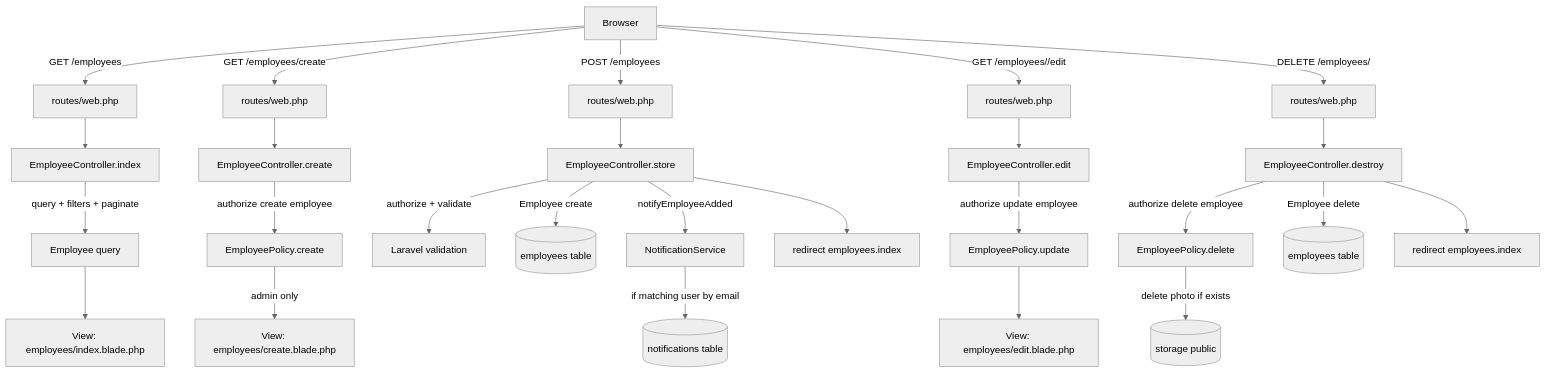
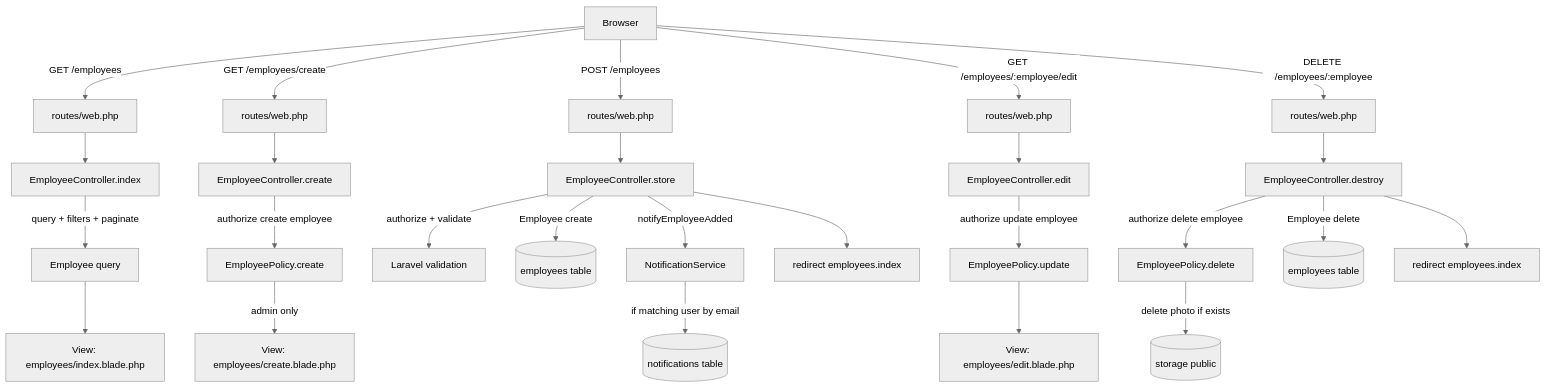
One commit to Haggai-dev665/TeamBoard changed the seventh of 8 diagrams in docs/flow-maps.md. Above: the diagram before and after it, drawn with Mermaid (neutral theme). The commit also changed other lines of this file, not shown here.

````diff
--- a/docs/flow-maps.md
+++ b/docs/flow-maps.md
@@ -163,32 +163,32 @@
 ```mermaid
 flowchart TD
   A["Browser"] -->|GET /employees| R1["routes/web.php"]
   R1 --> C1["EmployeeController.index"]
   C1 -->|query + filters + paginate| Q1["Employee query"]
   Q1 --> V1["View: employees/index.blade.php"]
 
   A -->|GET /employees/create| R2["routes/web.php"]
   R2 --> C2["EmployeeController.create"]
   C2 -->|authorize create employee| P1["EmployeePolicy.create"]
   P1 -->|admin only| V2["View: employees/create.blade.php"]
 
   A -->|POST /employees| R3["routes/web.php"]
   R3 --> C3["EmployeeController.store"]
   C3 -->|authorize + validate| VAL["Laravel validation"]
   C3 -->|Employee create| DB[(employees table)]
   C3 -->|notifyEmployeeAdded| S["NotificationService"]
   S -->|if matching user by email| N[(notifications table)]
   C3 --> OUT["redirect employees.index"]
 
-  A -->|GET /employees/<employee>/edit| R4["routes/web.php"]
+  A -->|GET /employees/:employee/edit| R4["routes/web.php"]
   R4 --> C4["EmployeeController.edit"]
   C4 -->|authorize update employee| P2["EmployeePolicy.update"]
   P2 --> V3["View: employees/edit.blade.php"]
 
-  A -->|DELETE /employees/<employee>| R5["routes/web.php"]
+  A -->|DELETE /employees/:employee| R5["routes/web.php"]
   R5 --> C5["EmployeeController.destroy"]
   C5 -->|authorize delete employee| P3["EmployeePolicy.delete"]
   P3 -->|delete photo if exists| FS[(storage public)]
   C5 -->|Employee delete| DB2[(employees table)]
   C5 --> OUT2["redirect employees.index"]
 ```
````
